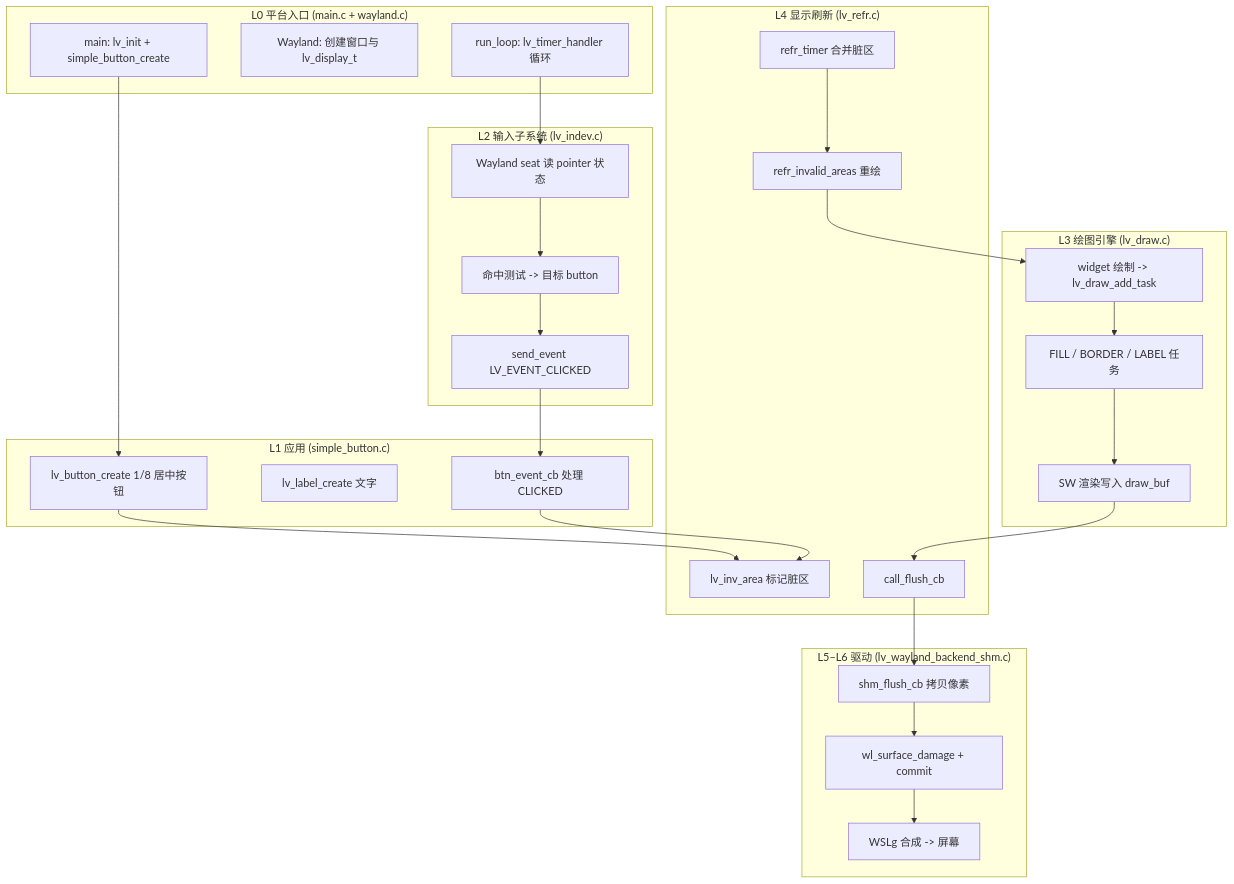
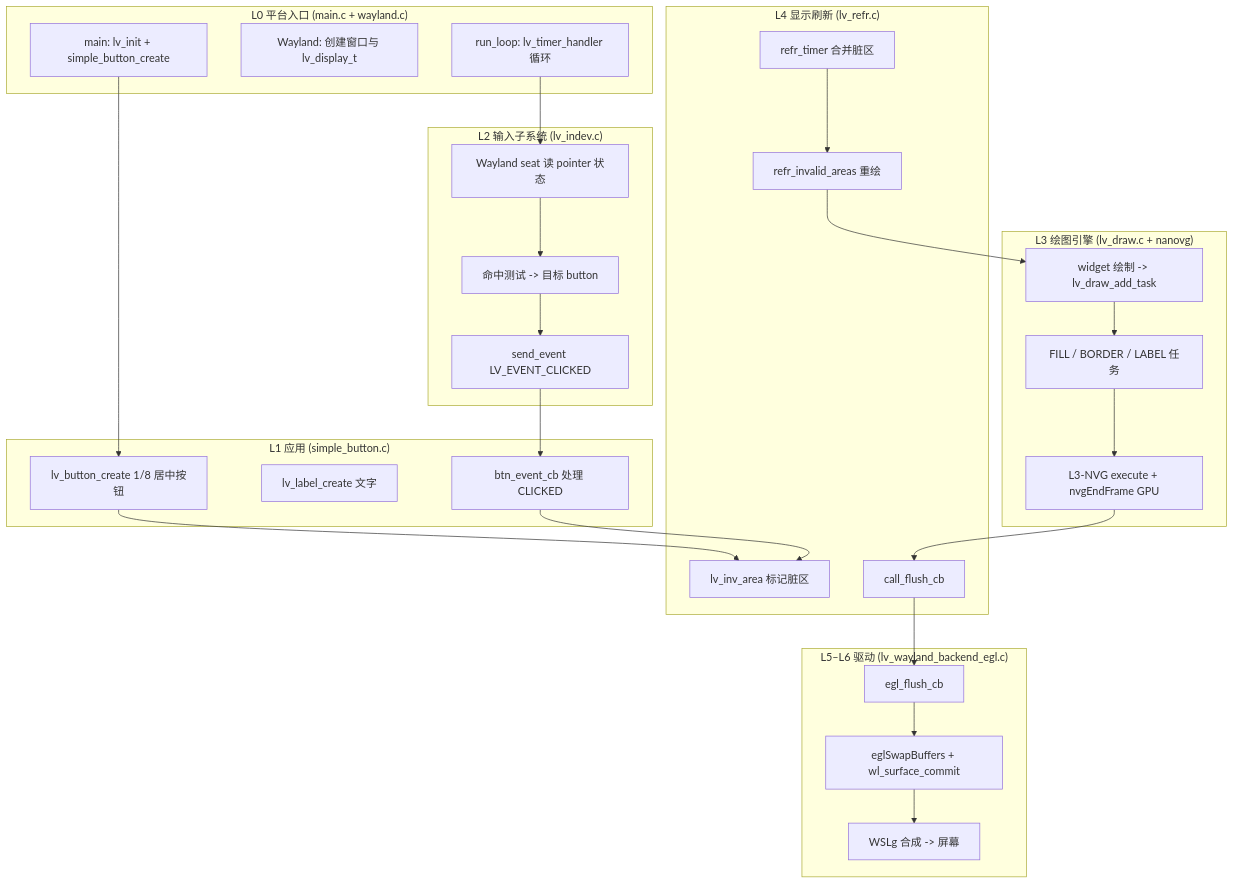
One commit to ganzhong007/lv_port_linux changed the fourth of 5 diagrams in docs/simple_button_guide.md. Above: the diagram before and after it, drawn with Mermaid. The commit also changed other lines of this file and 18 other files, not shown here.

First line of the commit message:
Add simple button demo, layer traces, and Wayland backend documentation.

````diff
--- a/docs/simple_button_guide.md
+++ b/docs/simple_button_guide.md
@@ -213,46 +827,46 @@
 ```mermaid
 flowchart TB
     subgraph L0["L0 平台入口 (main.c + wayland.c)"]
         A1[main: lv_init + simple_button_create]
         A2[Wayland: 创建窗口与 lv_display_t]
         A3[run_loop: lv_timer_handler 循环]
     end
 
     subgraph L1["L1 应用 (simple_button.c)"]
         B1[lv_button_create 1/8 居中按钮]
         B2[lv_label_create 文字]
         B3[btn_event_cb 处理 CLICKED]
     end
 
     subgraph L2["L2 输入子系统 (lv_indev.c)"]
         C1[Wayland seat 读 pointer 状态]
         C2[命中测试 -> 目标 button]
         C3[send_event LV_EVENT_CLICKED]
     end
 
-    subgraph L3["L3 绘图引擎 (lv_draw.c)"]
+    subgraph L3["L3 绘图引擎 (lv_draw.c + nanovg)"]
         D1[widget 绘制 -> lv_draw_add_task]
         D2[FILL / BORDER / LABEL 任务]
-        D3[SW 渲染写入 draw_buf]
+        D3[L3-NVG execute + nvgEndFrame GPU]
     end
 
     subgraph L4["L4 显示刷新 (lv_refr.c)"]
         E1[lv_inv_area 标记脏区]
         E2[refr_timer 合并脏区]
         E3[refr_invalid_areas 重绘]
         E4[call_flush_cb]
     end
 
-    subgraph L5["L5–L6 驱动 (lv_wayland_backend_shm.c)"]
-        F1[shm_flush_cb 拷贝像素]
-        F2[wl_surface_damage + commit]
+    subgraph L5["L5–L6 驱动 (lv_wayland_backend_egl.c)"]
+        F1[egl_flush_cb]
+        F2[eglSwapBuffers + wl_surface_commit]
         F3[WSLg 合成 -> 屏幕]
     end
 
     A1 --> B1
     B1 --> E1
     A3 --> C1
     C1 --> C2 --> C3 --> B3
     B3 --> E1
     E2 --> E3 --> D1 --> D2 --> D3 --> E4 --> F1 --> F2 --> F3
 ```
````
